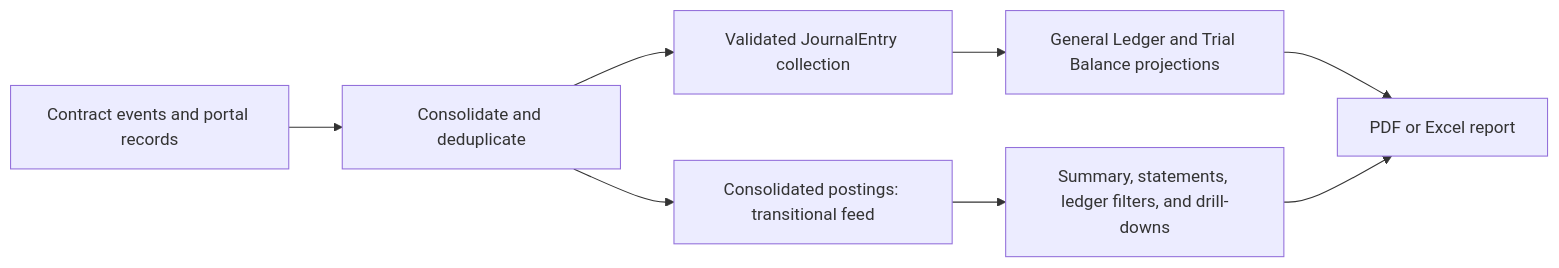
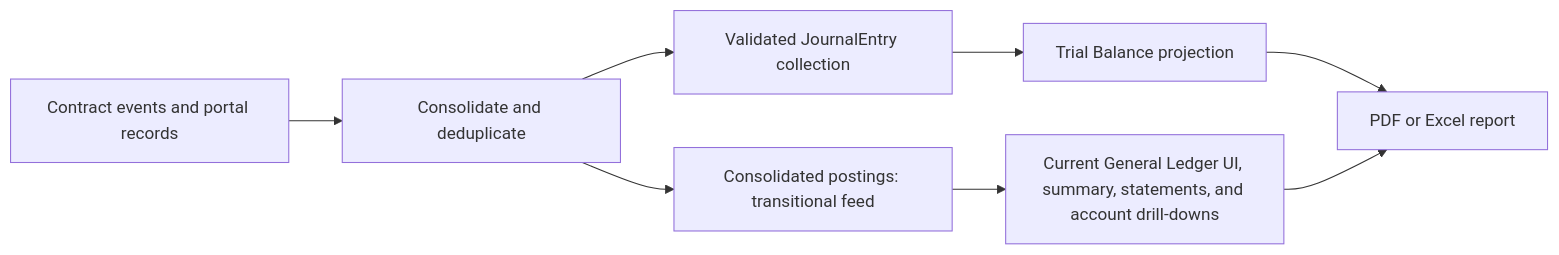
Before and after one commit to globe-and-citizen/cnc-portal: the diagram in docs/features/accounting/README.md, drawn with Mermaid. The commit also changed other lines of this file and 1 other file, not shown here.

Commit message:
docs: 📝 document canonical account identities

````diff
--- a/docs/features/accounting/README.md
+++ b/docs/features/accounting/README.md
@@ -42,10 +45,10 @@
 ```mermaid
 flowchart LR
     Sources[Contract events and portal records] --> Consolidate[Consolidate and deduplicate]
     Consolidate --> Postings[Consolidated postings: transitional feed]
     Consolidate --> Journal[Validated JournalEntry collection]
-    Journal --> Ledger[General Ledger and Trial Balance projections]
-    Postings --> Legacy[Summary, statements, ledger filters, and drill-downs]
-    Ledger --> Export[PDF or Excel report]
+    Journal --> Trial[Trial Balance projection]
+    Postings --> Legacy[Current General Ledger UI, summary, statements, and account drill-downs]
+    Trial --> Export[PDF or Excel report]
     Legacy --> Export
 ```
````
